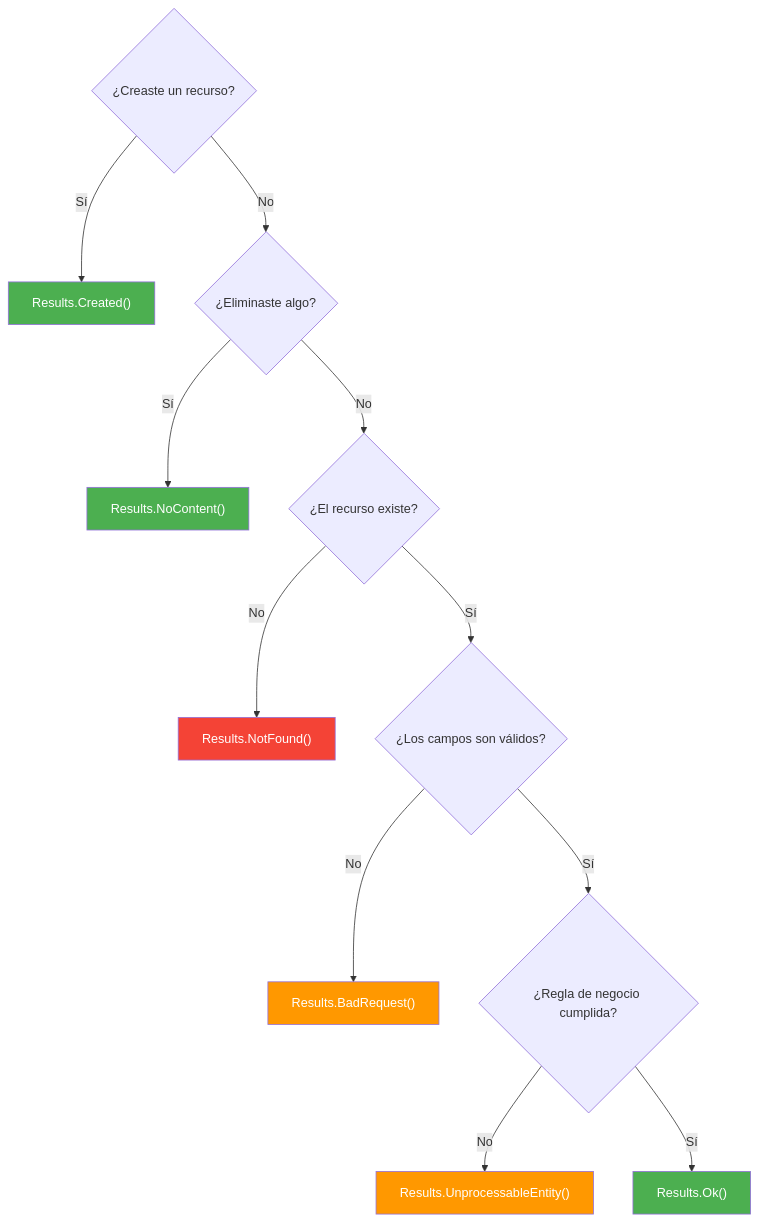
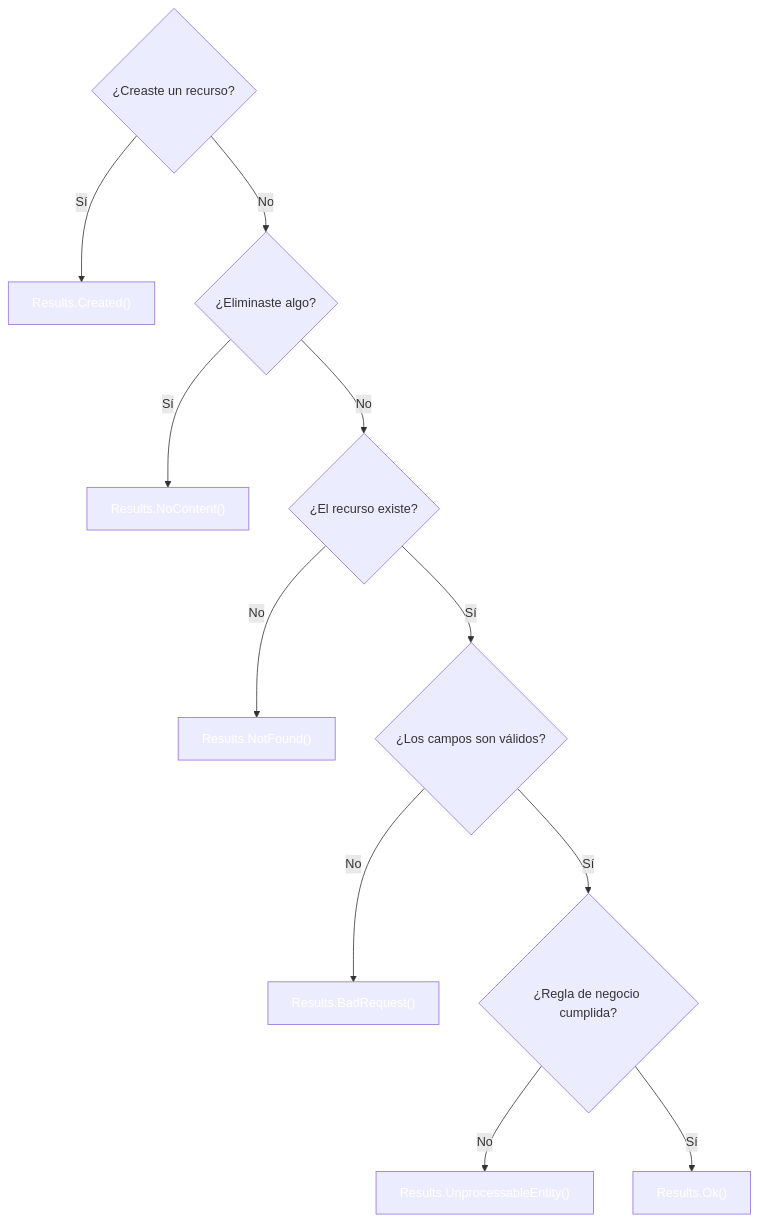
The fourth of 4 diagrams in 03-minimal-apis.md (joseluisgs/DesarrolloWebEntornosServidor-02-2026-2027), drawn with Mermaid before and after one commit. The commit also changed other lines of this file and 41 other files, not shown here.

````diff
--- a/03-minimal-apis.md
+++ b/03-minimal-apis.md
@@ -238,19 +238,19 @@
 ```mermaid
 flowchart TD
     A{"¿Creaste un recurso?"} -->|Sí| B["Results.Created()"]
     A -->|No| C{"¿Eliminaste algo?"}
     C -->|Sí| D["Results.NoContent()"]
     C -->|No| E{"¿El recurso existe?"}
     E -->|No| F["Results.NotFound()"]
     E -->|Sí| G{"¿Los campos son válidos?"}
     G -->|No| H0["Results.BadRequest()"]
     G -->|Sí| G2{"¿Regla de negocio cumplida?"}
     G2 -->|No| H["Results.UnprocessableEntity()"]
     G2 -->|Sí| I["Results.Ok()"]
-    style B fill:#4CAF50,color:#fff
-    style D fill:#4CAF50,color:#fff
-    style F fill:#f44336,color:#fff
-    style H0 fill:#FF9800,color:#fff
-    style H fill:#FF9800,color:#fff
-    style I fill:#4CAF50,color:#fff
+    style B fill:#4CAF5,color:#fff0,color:#fff
+    style D fill:#4CAF5,color:#fff0,color:#fff
+    style F fill:#f4433,color:#fff6,color:#fff
+    style H0 fill:#FF980,color:#fff0,color:#fff
+    style H fill:#FF980,color:#fff0,color:#fff
+    style I fill:#4CAF5,color:#fff0,color:#fff
 ```
````
